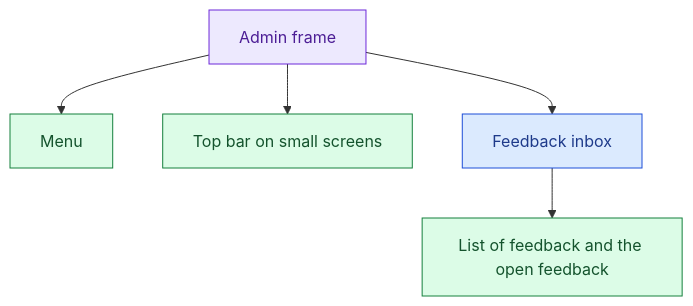
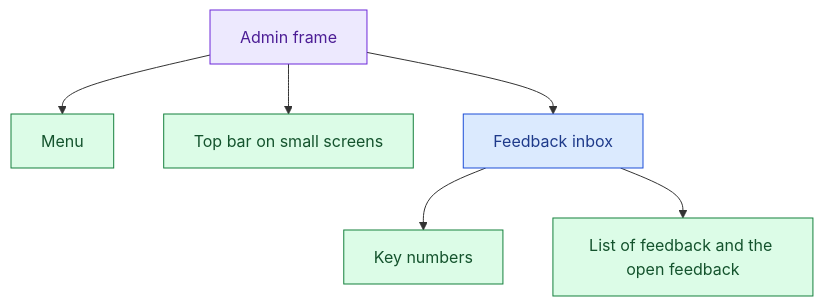
One commit to AlberteViendahl/feedback changed the sixth of 13 diagrams in apps/admin/docs/architecture.md. Above: the diagram before and after it, drawn with Mermaid. The commit also changed other lines of this file, not shown here.

Commit message:
Updates to architecture

````diff
--- a/apps/admin/docs/architecture.md
+++ b/apps/admin/docs/architecture.md
@@ -201,19 +201,21 @@
 ```mermaid
 flowchart TD
   Frame["Admin frame"]:::layout
   Menu["Menu"]:::component
   TopBar["Top bar on small screens"]:::component
   Inbox["Feedback inbox"]:::page
+  KeyNums["Key numbers"]:::component
   Parts["List of feedback and the open feedback"]:::component
 
   Frame --> TopBar
   Frame --> Menu
   Frame --> Inbox
+  Inbox --> KeyNums
   Inbox --> Parts
 
   classDef page fill:#DBEAFE,stroke:#1D4ED8,color:#1E3A8A
   classDef layout fill:#EDE9FE,stroke:#6D28D9,color:#4C1D95
   classDef component fill:#DCFCE7,stroke:#15803D,color:#14532D
   classDef store fill:#FFEDD5,stroke:#C2410C,color:#7C2D12
   classDef mock fill:#F3F4F6,stroke:#4B5563,color:#1F2937,stroke-dasharray:4 3
 ```
````
